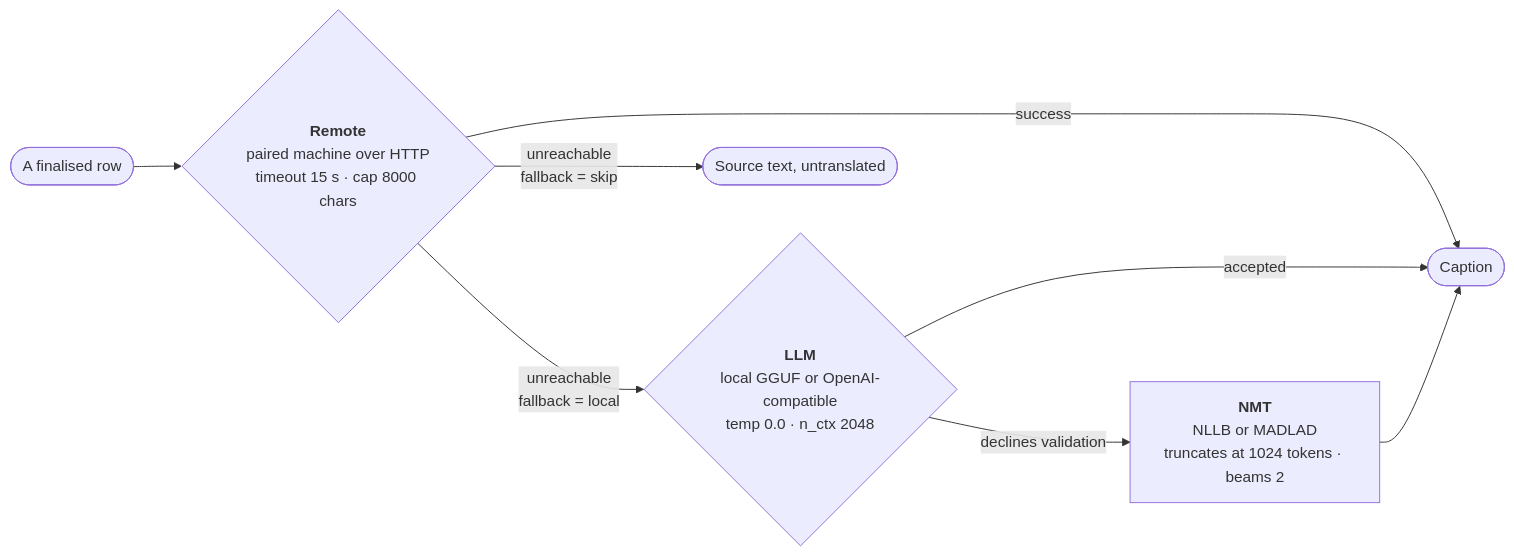
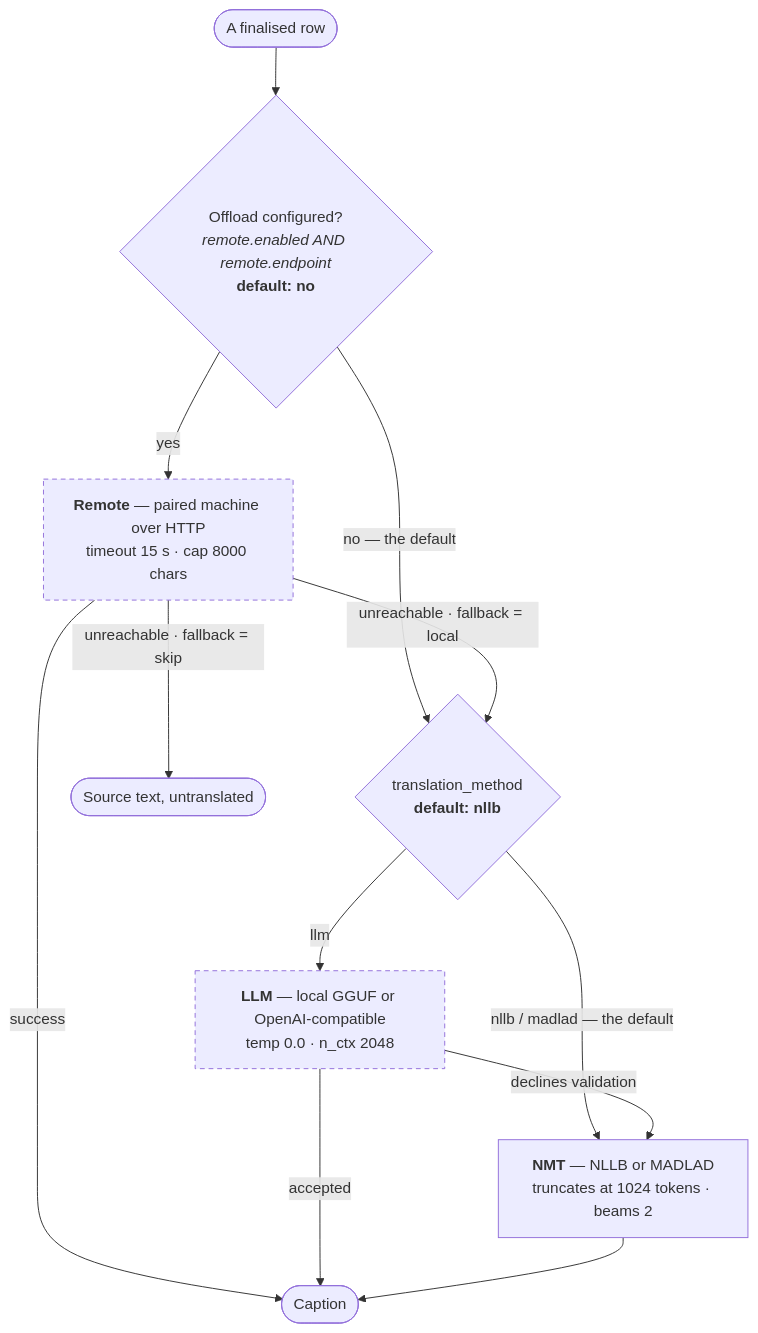
One commit to ChurchPresenter/STT changed the seventh of 11 diagrams in PIPELINE.md. Above: the diagram before and after it, drawn with Mermaid. The commit also changed other lines of this file, not shown here.

````diff
--- a/PIPELINE.md
+++ b/PIPELINE.md
@@ -304,16 +341,26 @@
 ```mermaid
-flowchart LR
+flowchart TD
     IN(["A finalised row"])
-    RM{"<b>Remote</b><br/>paired machine over HTTP<br/>timeout 15 s · cap 8000 chars"}
-    LM{"<b>LLM</b><br/>local GGUF or OpenAI-compatible<br/>temp 0.0 · n_ctx 2048"}
-    NM["<b>NMT</b><br/>NLLB or MADLAD<br/>truncates at 1024 tokens · beams 2"]
+    G1{"Offload configured?<br/><i>remote.enabled AND remote.endpoint</i><br/><b>default: no</b>"}
+    RM["<b>Remote</b> — paired machine over HTTP<br/>timeout 15 s · cap 8000 chars"]
+    G2{"translation_method<br/><b>default: nllb</b>"}
+    LM["<b>LLM</b> — local GGUF or OpenAI-compatible<br/>temp 0.0 · n_ctx 2048"]
+    NM["<b>NMT</b> — NLLB or MADLAD<br/>truncates at 1024 tokens · beams 2"]
     OUT(["Caption"])
+    SRC(["Source text, untranslated"])
 
-    IN --> RM
+    IN --> G1
+    G1 -->|no — the default| G2
+    G1 -->|yes| RM
     RM -->|success| OUT
-    RM -->|unreachable<br/>fallback = skip| SRC(["Source text, untranslated"])
-    RM -->|unreachable<br/>fallback = local| LM
+    RM -->|unreachable · fallback = skip| SRC
+    RM -->|unreachable · fallback = local| G2
+    G2 -->|llm| LM
+    G2 -->|nllb / madlad — the default| NM
     LM -->|accepted| OUT
     LM -->|declines validation| NM
     NM --> OUT
+
+    classDef optin stroke-dasharray:5 4;
+    class RM,LM optin;
 ```
````
